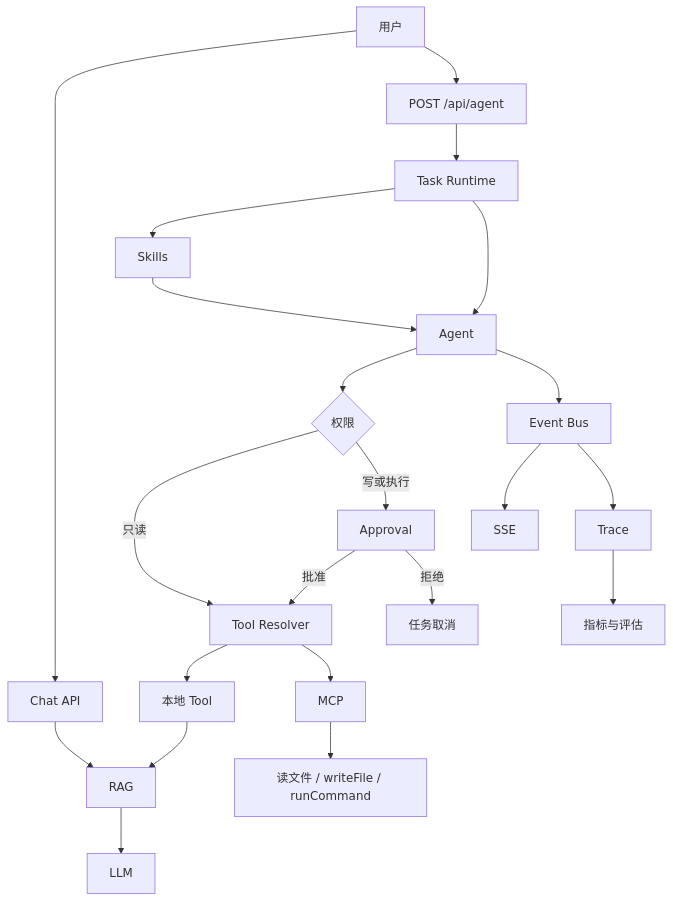
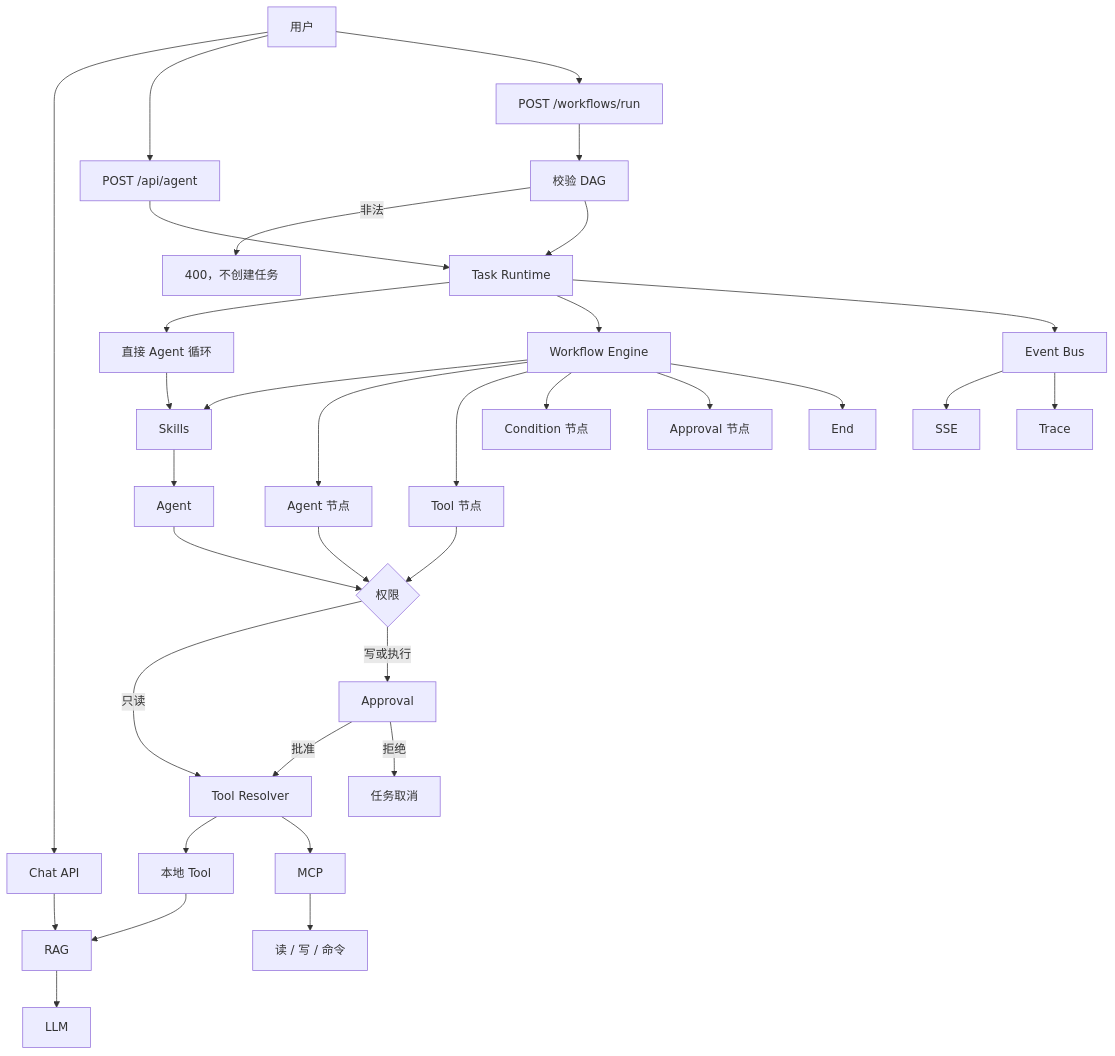
One commit to WaitingChen0117/agent-workbench changed the diagram in README.md. Above: the diagram before and after it, drawn with Mermaid. The commit also changed other lines of this file and 2 other files, not shown here.

Commit message:
Add the v1.1.0 architecture as it existed when workflows shipped.

````diff
--- a/README.md
+++ b/README.md
@@ -19,23 +20,35 @@
 ```mermaid
 flowchart TB
   user["用户"] --> chat["Chat API"]
   user --> post["POST /api/agent"]
+  user --> wf["POST /workflows/run"]
   chat --> rag["RAG"] --> llm["LLM"]
-  post --> runtime["Task Runtime"]
-  runtime --> skills["Skills"]
+  wf --> validator["校验 DAG"]
+  validator -->|非法| bad["400，不创建任务"]
+  validator --> runtime["Task Runtime"]
+  post --> runtime
+  runtime --> direct["直接 Agent 循环"]
+  runtime --> engine["Workflow Engine"]
+  direct --> skills["Skills"]
+  engine --> skills
   skills --> agent["Agent"]
-  runtime --> agent
+  engine --> agentNode["Agent 节点"]
+  engine --> toolNode["Tool 节点"]
+  engine --> cond["Condition 节点"]
+  engine --> apprNode["Approval 节点"]
+  engine --> endNode["End"]
   agent --> gate{"权限"}
+  agentNode --> gate
+  toolNode --> gate
   gate -->|只读| resolver["Tool Resolver"]
   gate -->|写或执行| approval["Approval"]
   approval -->|批准| resolver
   approval -->|拒绝| cancel["任务取消"]
   resolver --> local["本地 Tool"]
   resolver --> mcp["MCP"]
   local --> rag
-  mcp --> fs["读文件 / writeFile / runCommand"]
-  agent --> bus["Event Bus"]
+  mcp --> files["读 / 写 / 命令"]
+  runtime --> bus["Event Bus"]
   bus --> sse["SSE"]
   bus --> trace["Trace"]
-  trace --> eval["指标与评估"]
 ```
````
